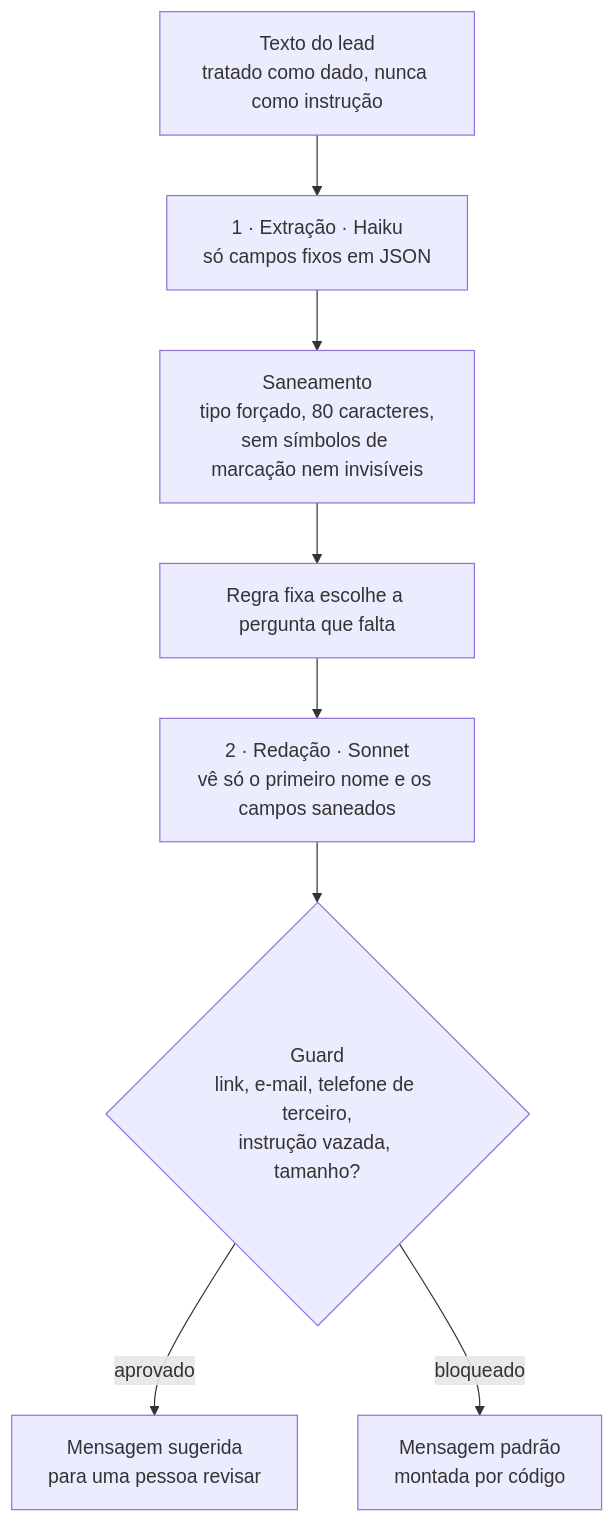
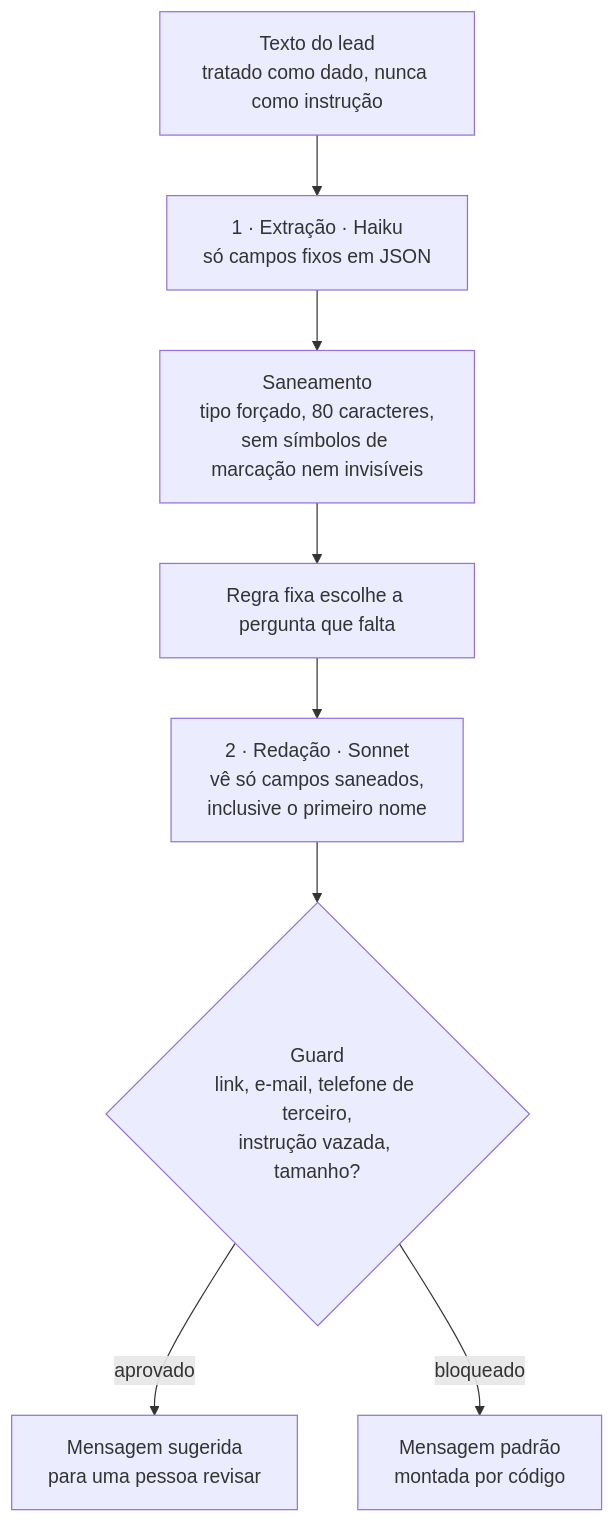
Before and after one commit to buenomrl/cri-leads: the second of 2 diagrams in README.md, drawn with Mermaid. The commit also changed other lines of this file and 4 other files, not shown here.

````diff
--- a/README.md
+++ b/README.md
@@ -56,10 +56,10 @@
 ```mermaid
 flowchart TD
   A["Texto do lead<br/>tratado como dado, nunca como instrução"] --> B["1 · Extração · Haiku<br/>só campos fixos em JSON"]
   B --> C["Saneamento<br/>tipo forçado, 80 caracteres,<br/>sem símbolos de marcação nem invisíveis"]
   C --> P["Regra fixa escolhe a pergunta que falta"]
-  P --> D["2 · Redação · Sonnet<br/>vê só o primeiro nome e os campos saneados"]
+  P --> D["2 · Redação · Sonnet<br/>vê só campos saneados,<br/>inclusive o primeiro nome"]
   D --> E{"Guard<br/>link, e-mail, telefone de terceiro,<br/>instrução vazada, tamanho?"}
   E -->|aprovado| F["Mensagem sugerida<br/>para uma pessoa revisar"]
   E -->|bloqueado| G["Mensagem padrão<br/>montada por código"]
 ```
````
